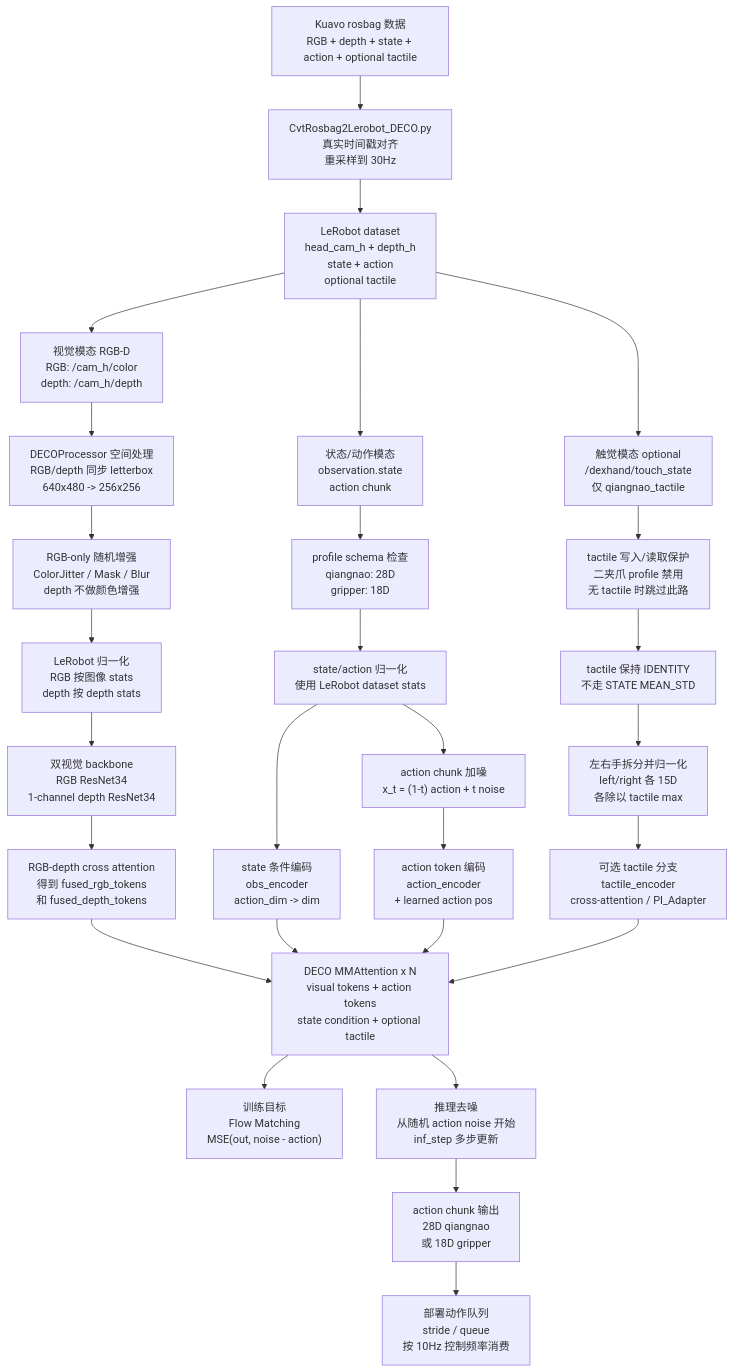
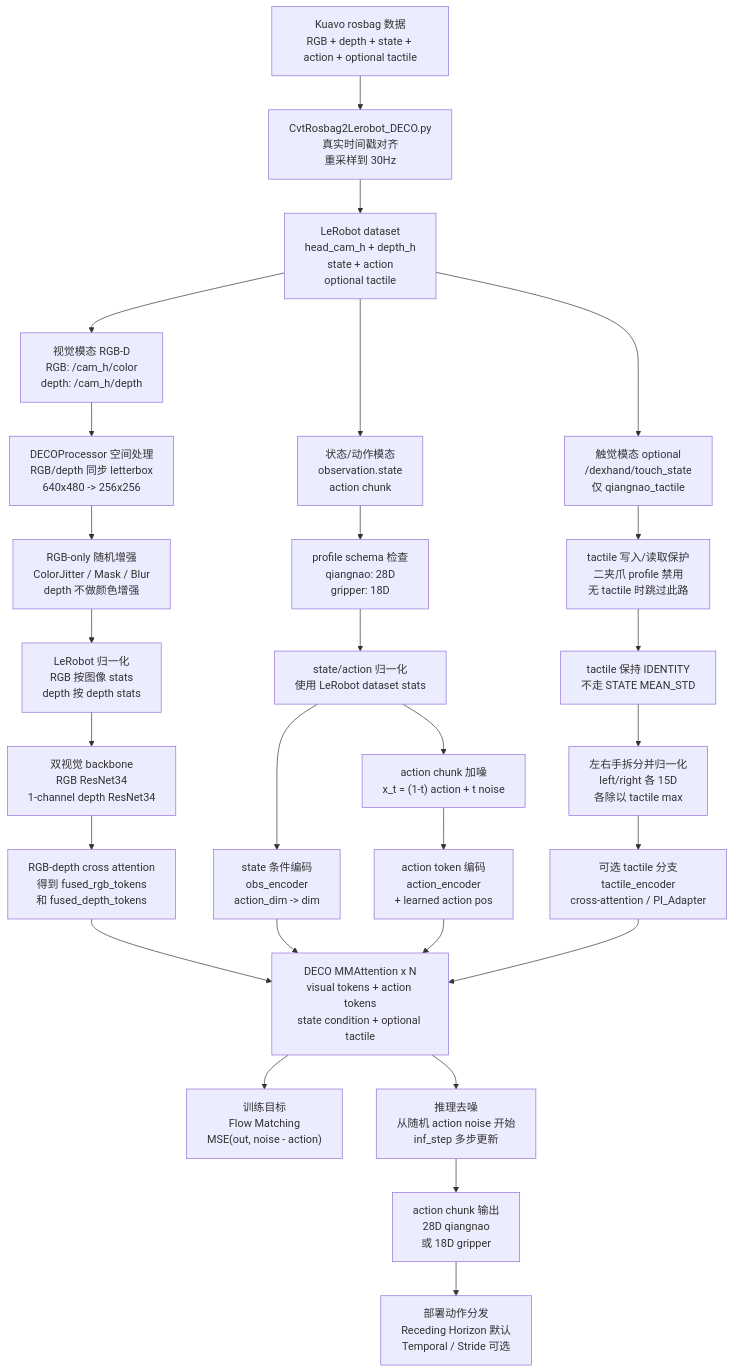
One commit to ChangZhangZC/kdc_DECO changed the diagram in Content/Kuavo_Deco_Flow_Explanation.md. Above: the diagram before and after it, drawn with Mermaid. The commit also changed other lines of this file and 21 other files, not shown here.

Commit message:
feat(deco): implement DecoTimingRecorder and  Receding Horizon , Temporal Ensembling Methods

````diff
--- a/Content/Kuavo_Deco_Flow_Explanation.md
+++ b/Content/Kuavo_Deco_Flow_Explanation.md
@@ -41,36 +41,36 @@
 ```mermaid
 flowchart TD
   A["Kuavo rosbag 数据<br/>RGB + depth + state + action + optional tactile"] --> B["CvtRosbag2Lerobot_DECO.py<br/>真实时间戳对齐<br/>重采样到 30Hz"]
   B --> C["LeRobot dataset<br/>head_cam_h + depth_h<br/>state + action<br/>optional tactile"]
 
   C --> V1["视觉模态 RGB-D<br/>RGB: /cam_h/color<br/>depth: /cam_h/depth"]
   C --> S1["状态/动作模态<br/>observation.state<br/>action chunk"]
   C --> T1["触觉模态 optional<br/>/dexhand/touch_state<br/>仅 qiangnao_tactile"]
 
   V1 --> V2["DECOProcessor 空间处理<br/>RGB/depth 同步 letterbox<br/>640x480 -> 256x256"]
   V2 --> V3["RGB-only 随机增强<br/>ColorJitter / Mask / Blur<br/>depth 不做颜色增强"]
   V3 --> V4["LeRobot 归一化<br/>RGB 按图像 stats<br/>depth 按 depth stats"]
   V4 --> V5["双视觉 backbone<br/>RGB ResNet34<br/>1-channel depth ResNet34"]
   V5 --> V6["RGB-depth cross attention<br/>得到 fused_rgb_tokens<br/>和 fused_depth_tokens"]
 
   S1 --> S2["profile schema 检查<br/>qiangnao: 28D<br/>gripper: 18D"]
   S2 --> S3["state/action 归一化<br/>使用 LeRobot dataset stats"]
   S3 --> S4["state 条件编码<br/>obs_encoder<br/>action_dim -> dim"]
   S3 --> S5["action chunk 加噪<br/>x_t = (1-t) action + t noise"]
   S5 --> S6["action token 编码<br/>action_encoder<br/>+ learned action pos"]
 
   T1 --> T2["tactile 写入/读取保护<br/>二夹爪 profile 禁用<br/>无 tactile 时跳过此路"]
   T2 --> T3["tactile 保持 IDENTITY<br/>不走 STATE MEAN_STD"]
   T3 --> T4["左右手拆分并归一化<br/>left/right 各 15D<br/>各除以 tactile max"]
   T4 --> T5["可选 tactile 分支<br/>tactile_encoder<br/>cross-attention / PI_Adapter"]
 
   V6 --> M["DECO MMAttention x N<br/>visual tokens + action tokens<br/>state condition + optional tactile"]
   S4 --> M
   S6 --> M
   T5 --> M
 
   M --> L1["训练目标<br/>Flow Matching<br/>MSE(out, noise - action)"]
   M --> I1["推理去噪<br/>从随机 action noise 开始<br/>inf_step 多步更新"]
   I1 --> I2["action chunk 输出<br/>28D qiangnao<br/>或 18D gripper"]
-  I2 --> I3["部署动作队列<br/>stride / queue<br/>按 10Hz 控制频率消费"]
+  I2 --> I3["部署动作分发<br/>Receding Horizon 默认<br/>Temporal / Stride 可选"]
 ```
````
